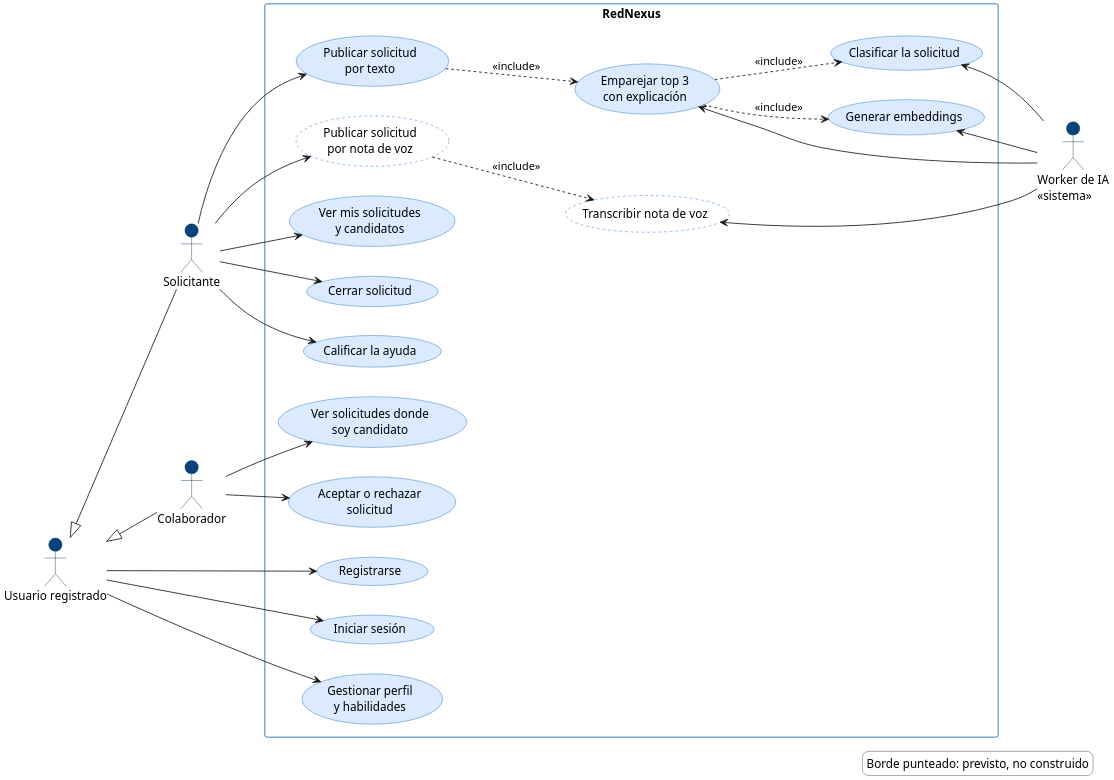
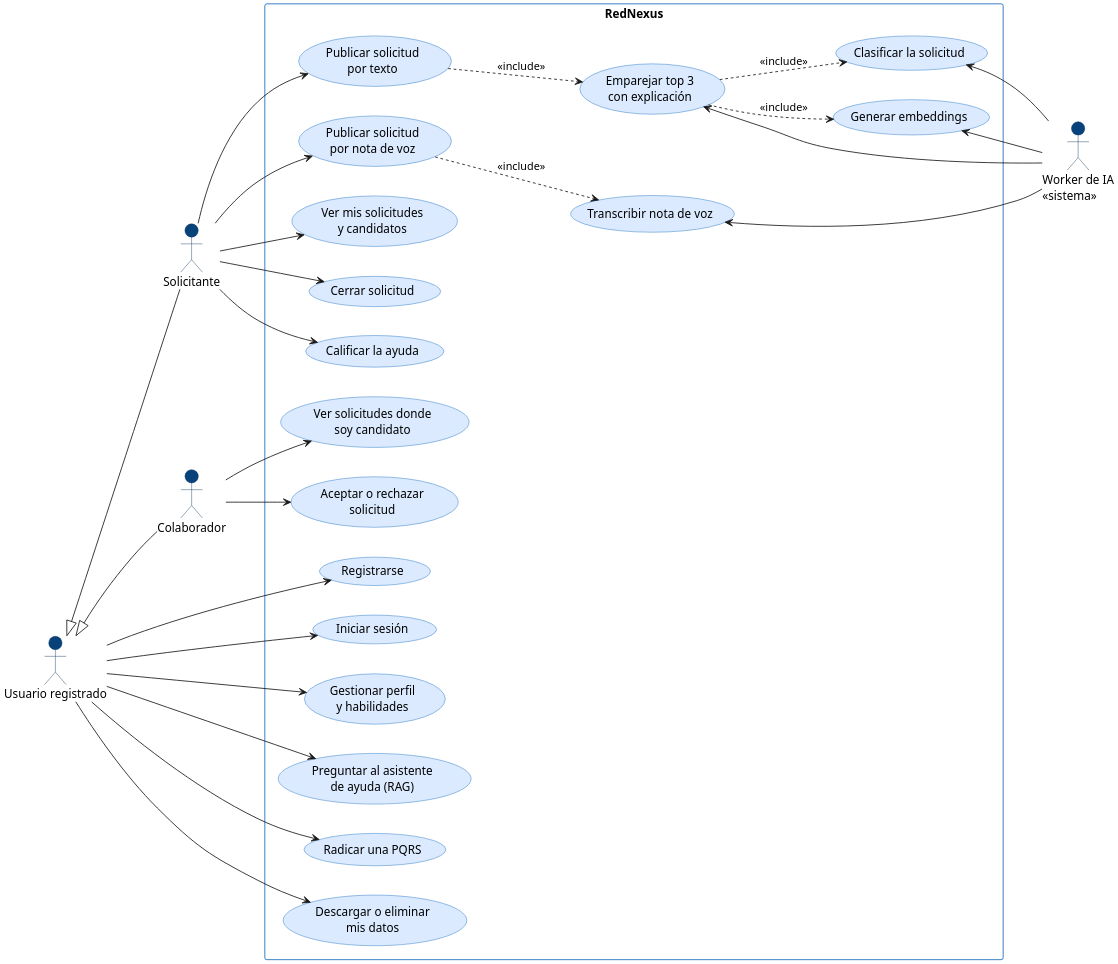
One commit to juanjosegl/RedNexus-Platform changed the diagram in docs/arquitectura/diagramas/07-casos-de-uso.puml. Above: the diagram before and after it, drawn with PlantUML. The commit also changed 79 other files, not shown here.

```diff
--- a/docs/arquitectura/diagramas/07-casos-de-uso.puml
+++ b/docs/arquitectura/diagramas/07-casos-de-uso.puml
@@ -1,78 +1,82 @@
 @startuml 07-casos-de-uso
 ' Casos de uso. En el MVP un mismo usuario puede pedir y dar ayuda.
 skinparam dpi 200
 skinparam defaultFontName "Helvetica"
 skinparam shadowing false
 skinparam LegendBackgroundColor #ffffff
 skinparam LegendBorderColor #999999
 left to right direction
 skinparam actor {
   BackgroundColor #08427b
   BorderColor #052e56
 }
 skinparam usecase {
   BackgroundColor #dbeafe
   BorderColor #1168bd
 }
 skinparam usecase<<previsto>> {
   BackgroundColor #ffffff
   BorderStyle dashed
 }
 skinparam rectangle {
   BorderColor #1168bd
 }
 hide <<previsto>> stereotype
 
 actor "Usuario registrado" as usr
 actor "Solicitante" as sol
 actor "Colaborador" as ayu
 actor "Worker de IA\n<<sistema>>" as ia
 
 sol -up-|> usr
 ayu -up-|> usr
 
 rectangle "RedNexus" {
   usecase "Registrarse" as UC1
   usecase "Iniciar sesión" as UC2
   usecase "Gestionar perfil\ny habilidades" as UC3
 
   usecase "Publicar solicitud\npor texto" as UC4
-  usecase "Publicar solicitud\npor nota de voz" as UC5 <<previsto>>
+  usecase "Publicar solicitud\npor nota de voz" as UC5
   usecase "Ver mis solicitudes\ny candidatos" as UC6
   usecase "Cerrar solicitud" as UC7
   usecase "Calificar la ayuda" as UC8
 
   usecase "Ver solicitudes donde\nsoy candidato" as UC9
   usecase "Aceptar o rechazar\nsolicitud" as UC10
 
+  usecase "Preguntar al asistente\nde ayuda (RAG)" as UC15
+  usecase "Radicar una PQRS" as UC16
+  usecase "Descargar o eliminar\nmis datos" as UC17
+
   usecase "Emparejar top 3\ncon explicación" as UC13
   usecase "Clasificar la solicitud" as UC11
   usecase "Generar embeddings" as UC12
-  usecase "Transcribir nota de voz" as UC14 <<previsto>>
+  usecase "Transcribir nota de voz" as UC14
 }
 
 usr --> UC1
 usr --> UC2
 usr --> UC3
+usr --> UC15
+usr --> UC16
+usr --> UC17
 sol --> UC4
 sol --> UC5
 sol --> UC6
 sol --> UC7
 sol --> UC8
 ayu --> UC9
 ayu --> UC10
 
 UC4 ..> UC13 : <<include>>
 UC5 ..> UC14 : <<include>>
 UC13 ..> UC11 : <<include>>
 UC13 ..> UC12 : <<include>>
 
 UC11 <-- ia
 UC12 <-- ia
 UC13 <-- ia
 UC14 <-- ia
 
-legend right
-  Borde punteado: previsto, no construido
-endlegend
 @enduml
```
